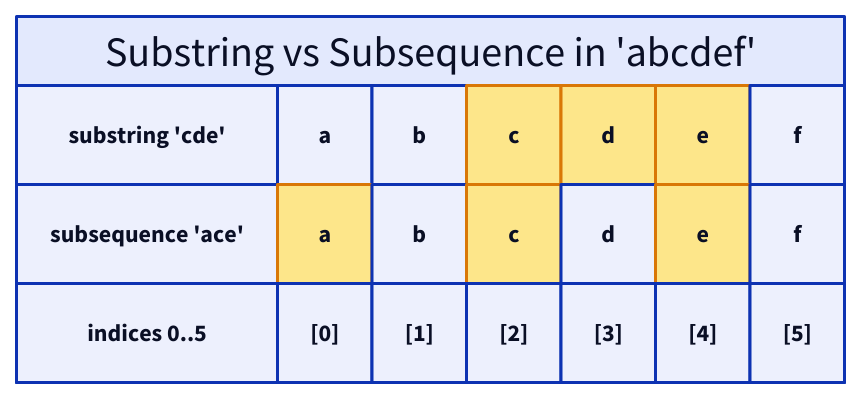
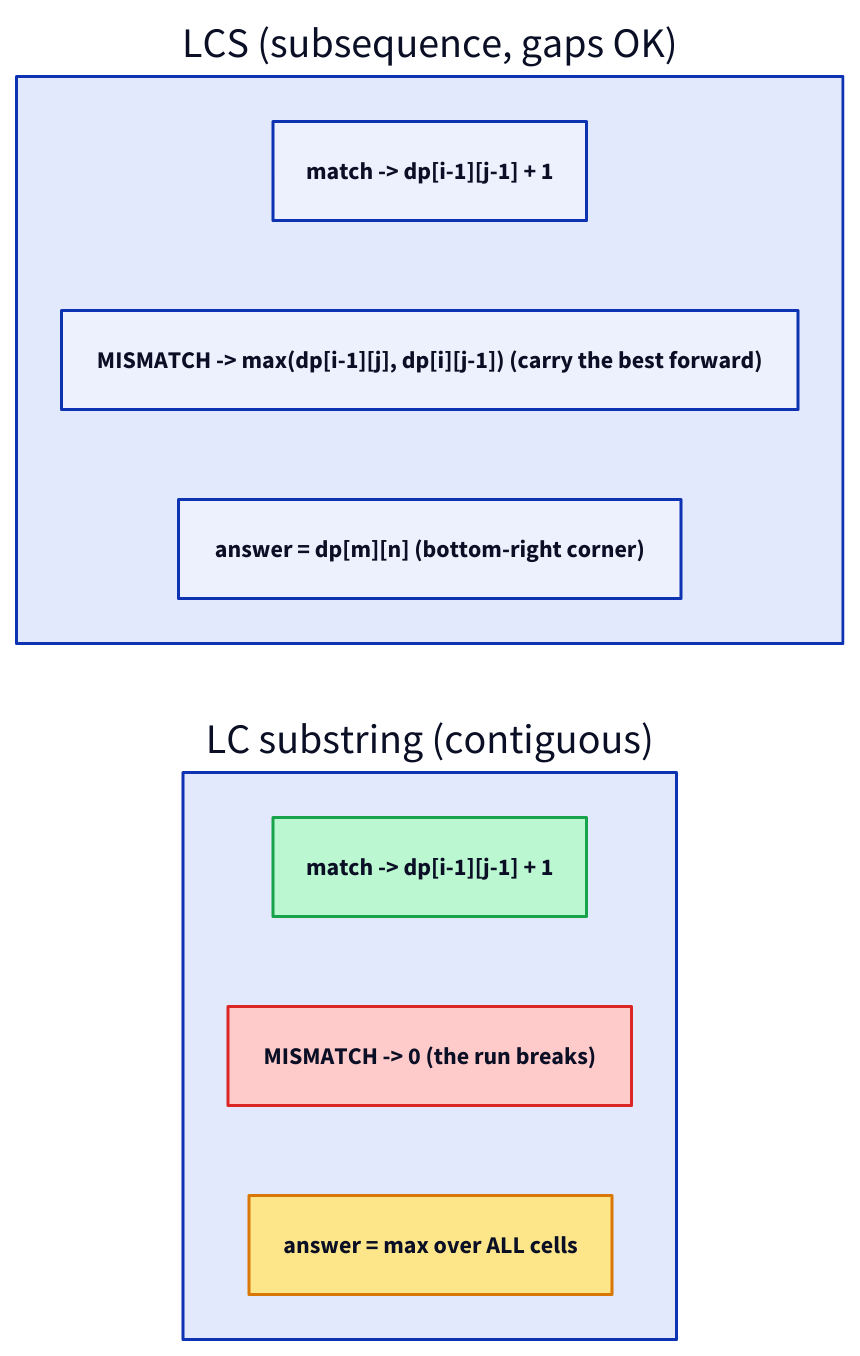
The diagram in content/cortex/data-structures-and-algorithms/05-algorithms-by-strategy/05-dynamic-programming/04-longest-common-substring.md (ani2fun/codefolio), drawn with D2 before and after one commit. The commit also changed other lines of this file and 1049 other files, not shown here.

````diff
--- a/content/cortex/data-structures-and-algorithms/05-algorithms-by-strategy/05-dynamic-programming/04-longest-common-substring.md
+++ b/content/cortex/data-structures-and-algorithms/05-algorithms-by-strategy/05-dynamic-programming/04-longest-common-substring.md
@@ -26,29 +63,13 @@
 ```d2
 direction: right
-ss: "Substring vs Subsequence in 'abcdef'" {
-  grid-rows: 3
-  grid-columns: 7
-  grid-gap: 0
-  l1: "substring 'cde'"
-  v1a: "a"
-  v1b: "b"
-  v1c: "c" {style.fill: "#fde68a"; style.stroke: "#d97706"}
-  v1d: "d" {style.fill: "#fde68a"; style.stroke: "#d97706"}
-  v1e: "e" {style.fill: "#fde68a"; style.stroke: "#d97706"}
-  v1f: "f"
-  l2: "subsequence 'ace'"
-  v2a: "a" {style.fill: "#fde68a"; style.stroke: "#d97706"}
-  v2b: "b"
-  v2c: "c" {style.fill: "#fde68a"; style.stroke: "#d97706"}
-  v2d: "d"
-  v2e: "e" {style.fill: "#fde68a"; style.stroke: "#d97706"}
-  v2f: "f"
-  l3: "indices 0..5"
-  i0: "[0]"
-  i1: "[1]"
-  i2: "[2]"
-  i3: "[3]"
-  i4: "[4]"
-  i5: "[5]"
+lcs: "LCS (subsequence, gaps OK)" {
+  m: "match -> dp[i-1][j-1] + 1"
+  x: "MISMATCH -> max(dp[i-1][j], dp[i][j-1])  (carry the best forward)"
+  ans: "answer = dp[m][n]  (bottom-right corner)"
+}
+lcsub: "LC substring (contiguous)" {
+  m: "match -> dp[i-1][j-1] + 1" {style.fill: "#bbf7d0"; style.stroke: "#16a34a"}
+  x: "MISMATCH -> 0  (the run breaks)" {style.fill: "#fecaca"; style.stroke: "#dc2626"}
+  ans: "answer = max over ALL cells" {style.fill: "#fde68a"; style.stroke: "#d97706"}
 }
 ```
````
